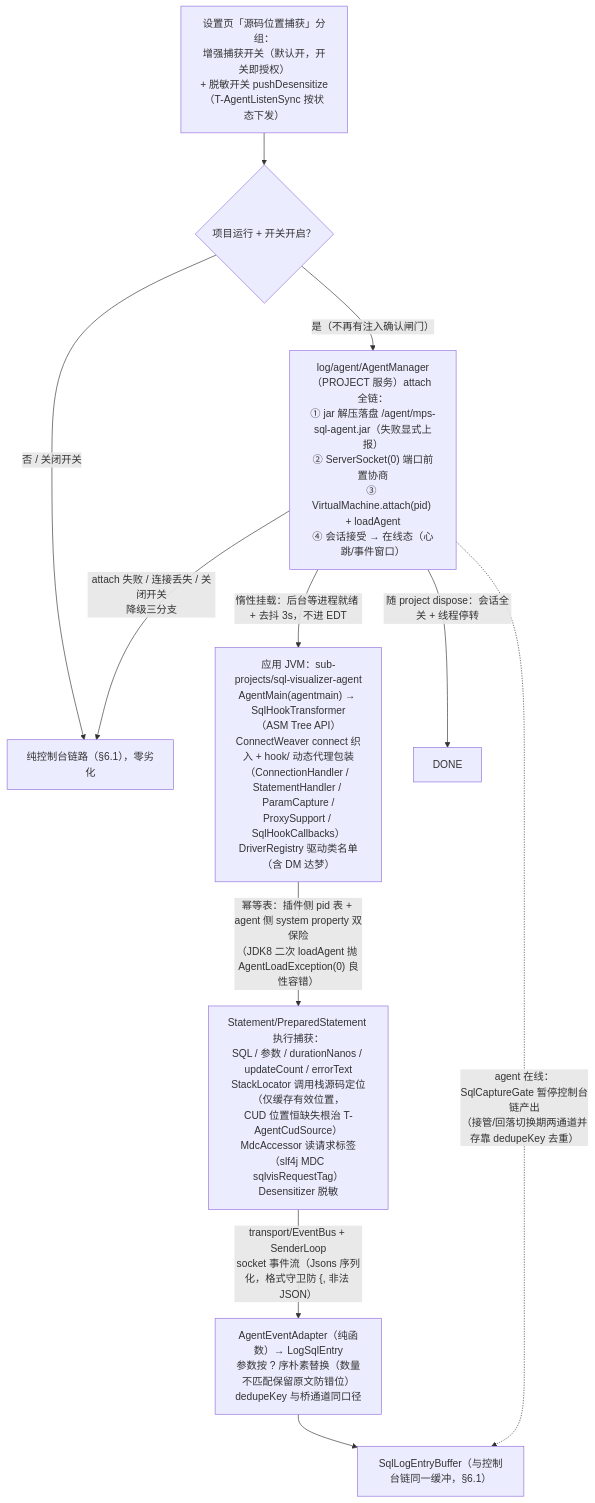
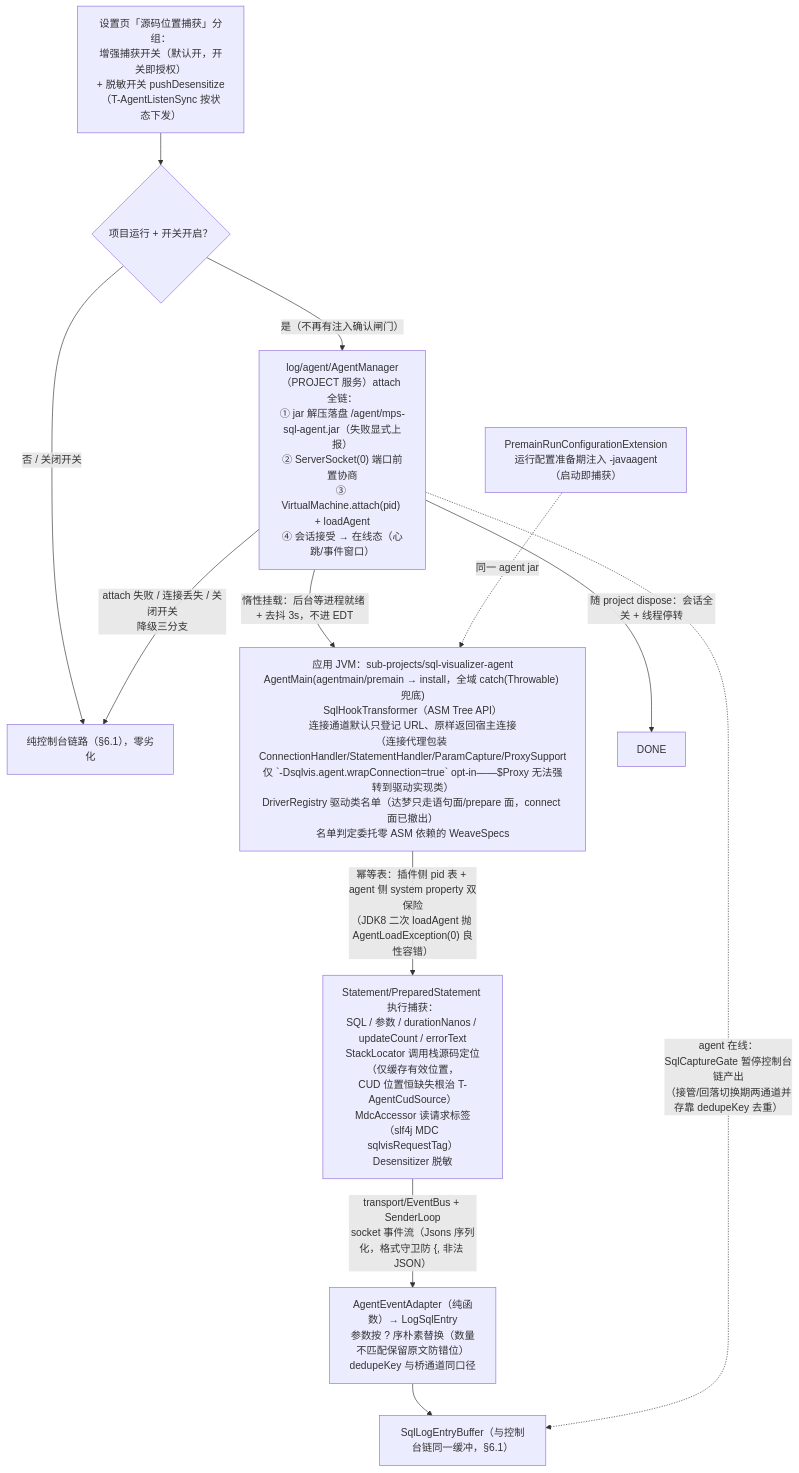
One commit to SongRenShuo/mybatis-plus-sql-visualizer changed diagram 14 of 18 in docs/架构设计/02-核心流程详解.md. Above: the diagram before and after it, drawn with Mermaid. The commit also changed other lines of this file and 204 other files, not shown here.

````diff
--- a/docs/架构设计/02-核心流程详解.md
+++ b/docs/架构设计/02-核心流程详解.md
@@ -546,13 +623,14 @@
 ```mermaid
 flowchart TD
     SET["设置页「源码位置捕获」分组：<br/>增强捕获开关（默认开，开关即授权）<br/>+ 脱敏开关 pushDesensitize（T-AgentListenSync 按状态下发）"] --> TRIG{"项目运行 + 开关开启？"}
     TRIG -->|"是（不再有注入确认闸门）"| ATTACH["log/agent/AgentManager（PROJECT 服务）attach 全链：<br/>① jar 解压落盘 /agent/mps-sql-agent.jar（失败显式上报）<br/>② ServerSocket(0) 端口前置协商<br/>③ VirtualMachine.attach(pid) + loadAgent<br/>④ 会话接受 → 在线态（心跳/事件窗口）"]
     TRIG -->|"否 / 关闭开关"| CONSOLE["纯控制台链路（§6.1），零劣化"]
-    ATTACH -->|"惰性挂载：后台等进程就绪 + 去抖 3s，不进 EDT"| JVM["应用 JVM：sub-projects/sql-visualizer-agent<br/>AgentMain(agentmain) → SqlHookTransformer（ASM Tree API）<br/>ConnectWeaver connect 织入 + hook/ 动态代理包装<br/>（ConnectionHandler / StatementHandler / ParamCapture /<br/>ProxySupport / SqlHookCallbacks）<br/>DriverRegistry 驱动类名单（含 DM 达梦）"]
+    ATTACH -->|"惰性挂载：后台等进程就绪 + 去抖 3s，不进 EDT"| JVM["应用 JVM：sub-projects/sql-visualizer-agent<br/>AgentMain(agentmain/premain → install，全域 catch(Throwable) 兜底)<br/>SqlHookTransformer（ASM Tree API）<br/>连接通道默认只登记 URL、原样返回宿主连接<br/>（连接代理包装 ConnectionHandler/StatementHandler/ParamCapture/ProxySupport<br/>仅 `-Dsqlvis.agent.wrapConnection=true` opt-in——$Proxy 无法强转到驱动实现类）<br/>DriverRegistry 驱动类名单（达梦只走语句面/prepare 面，connect 面已撤出）<br/>名单判定委托零 ASM 依赖的 WeaveSpecs"]
+    PRE["PremainRunConfigurationExtension<br/>运行配置准备期注入 -javaagent（启动即捕获）"] -.->|"同一 agent jar"| JVM
     JVM -->|"幂等表：插件侧 pid 表 + agent 侧 system property 双保险<br/>（JDK8 二次 loadAgent 抛 AgentLoadException(0) 良性容错）"| CAP2["Statement/PreparedStatement 执行捕获：<br/>SQL / 参数 / durationNanos / updateCount / errorText<br/>StackLocator 调用栈源码定位（仅缓存有效位置，<br/>CUD 位置恒缺失根治 T-AgentCudSource）<br/>MdcAccessor 读请求标签（slf4j MDC sqlvisRequestTag）<br/>Desensitizer 脱敏"]
     CAP2 -->|"transport/EventBus + SenderLoop<br/>socket 事件流（Jsons 序列化，格式守卫防 {, 非法 JSON）"| ADAPT["AgentEventAdapter（纯函数）→ LogSqlEntry<br/>参数按 ? 序朴素替换（数量不匹配保留原文防错位）<br/>dedupeKey 与桥通道同口径"]
     ADAPT --> BUF["SqlLogEntryBuffer（与控制台链同一缓冲，§6.1）"]
     ATTACH -.->|"agent 在线：SqlCaptureGate 暂停控制台链产出<br/>（接管/回落切换期两通道并存靠 dedupeKey 去重）"| BUF
     ATTACH -->|"attach 失败 / 连接丢失 / 关闭开关<br/>降级三分支"| CONSOLE
     ATTACH -->|"随 project dispose：会话全关 + 线程停转"| DONE
 ```
````
